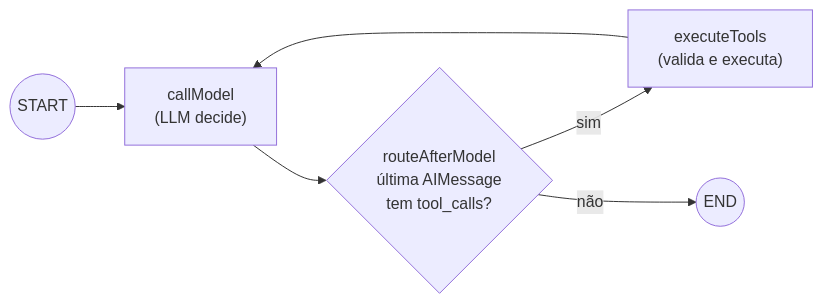
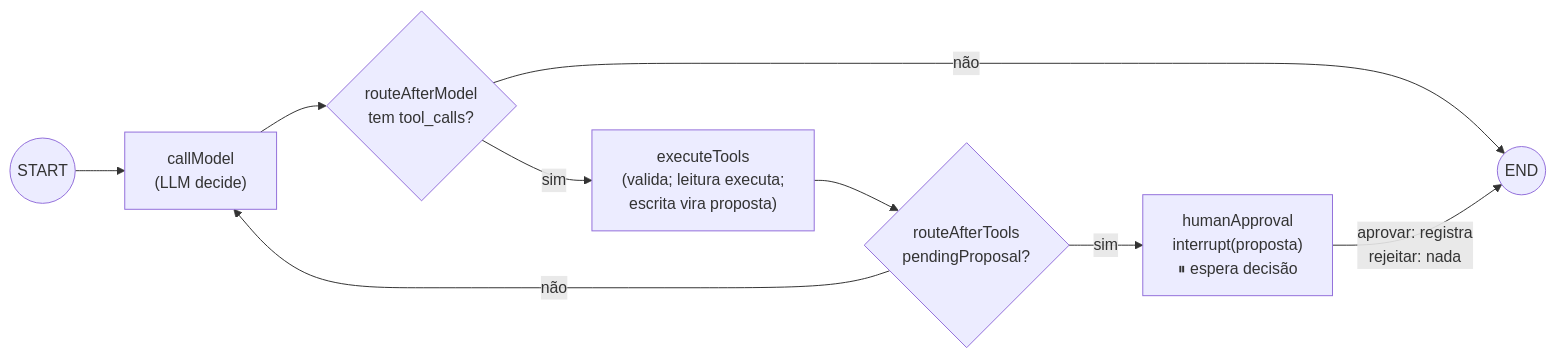
Before and after one commit to gpmoura4/qwantyco-project: the second of 6 diagrams in docs/fluxo.md, drawn with Mermaid. The commit also changed other lines of this file and 14 other files, not shown here.

First line of the commit message:
feat: human approval with interrupt, backend validation and idempotency

````diff
--- a/docs/fluxo.md
+++ b/docs/fluxo.md
@@ -63,8 +67,11 @@
 ```mermaid
 flowchart LR
     START((START)) --> CM["callModel<br/>(LLM decide)"]
-    CM --> R{"routeAfterModel<br/>última AIMessage<br/>tem tool_calls?"}
-    R -- sim --> ET["executeTools<br/>(valida e executa)"]
-    R -- não --> END((END))
-    ET --> CM
+    CM --> R1{"routeAfterModel<br/>tem tool_calls?"}
+    R1 -- não --> END((END))
+    R1 -- sim --> ET["executeTools<br/>(valida; leitura executa;<br/>escrita vira proposta)"]
+    ET --> R2{"routeAfterTools<br/>pendingProposal?"}
+    R2 -- não --> CM
+    R2 -- sim --> HA["humanApproval<br/>interrupt(proposta)<br/>⏸ espera decisão"]
+    HA -->|"aprovar: registra<br/>rejeitar: nada"| END
 ```
````
